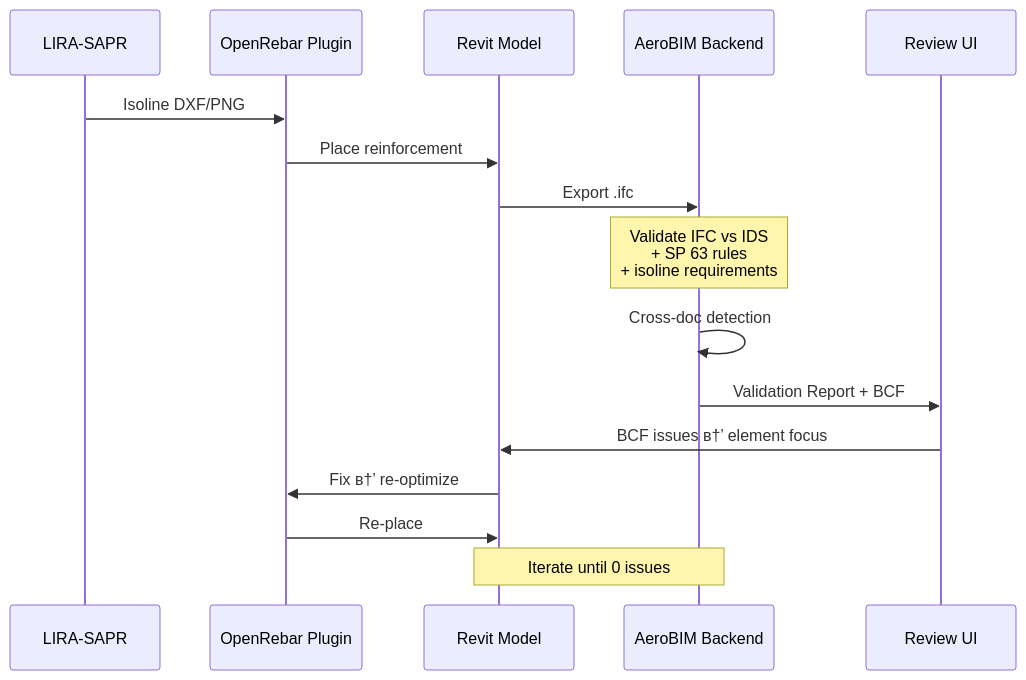
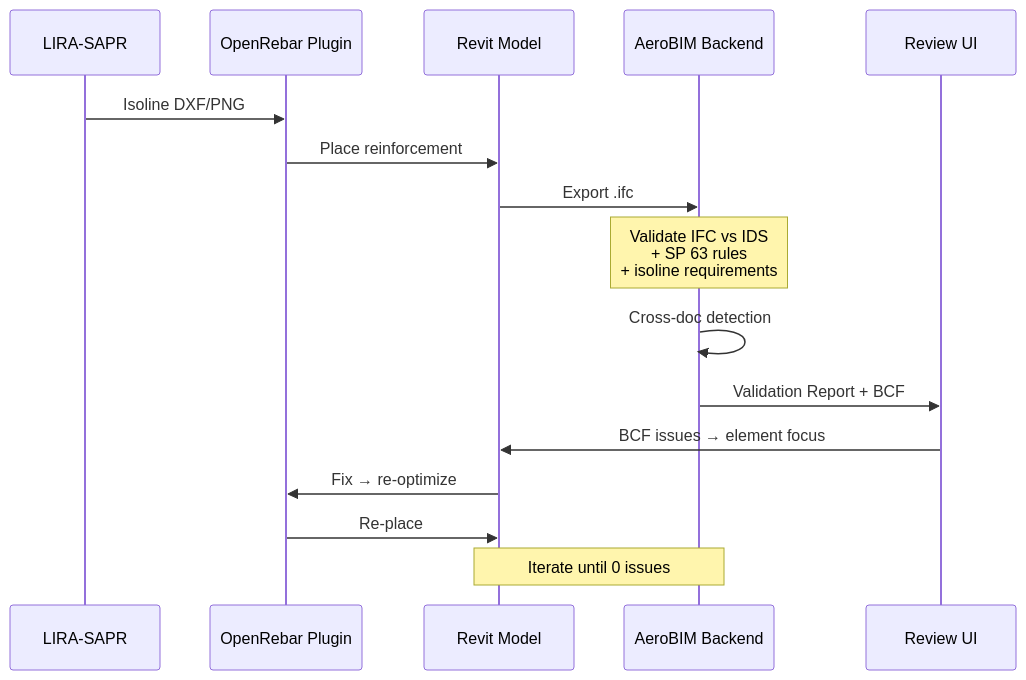
Before and after one commit to KonkovDV/OpenRebar: the fourth of 4 diagrams in docs/archive/HYPER_DEEP_AUDIT_REPORT.md, drawn with Mermaid. The commit also changed other lines of this file and 13 other files, not shown here.

````diff
--- a/docs/archive/HYPER_DEEP_AUDIT_REPORT.md
+++ b/docs/archive/HYPER_DEEP_AUDIT_REPORT.md
@@ -530,19 +530,19 @@
 ```mermaid
 sequenceDiagram
     participant LIRA as LIRA-SAPR
     participant OpenRebar as OpenRebar Plugin
     participant Revit as Revit Model
     participant AeroBIM as AeroBIM Backend
     participant Review as Review UI
 
     LIRA->>OpenRebar: Isoline DXF/PNG
     OpenRebar->>Revit: Place reinforcement
     Revit->>AeroBIM: Export .ifc
     Note over AeroBIM: Validate IFC vs IDS<br/>+ SP 63 rules<br/>+ isoline requirements
     AeroBIM->>AeroBIM: Cross-doc detection
     AeroBIM->>Review: Validation Report + BCF
-    Review->>Revit: BCF issues в†’ element focus
-    Revit->>OpenRebar: Fix в†’ re-optimize
+    Review->>Revit: BCF issues → element focus
+    Revit->>OpenRebar: Fix → re-optimize
     OpenRebar->>Revit: Re-place
     Note over Revit,AeroBIM: Iterate until 0 issues
 ```
````
